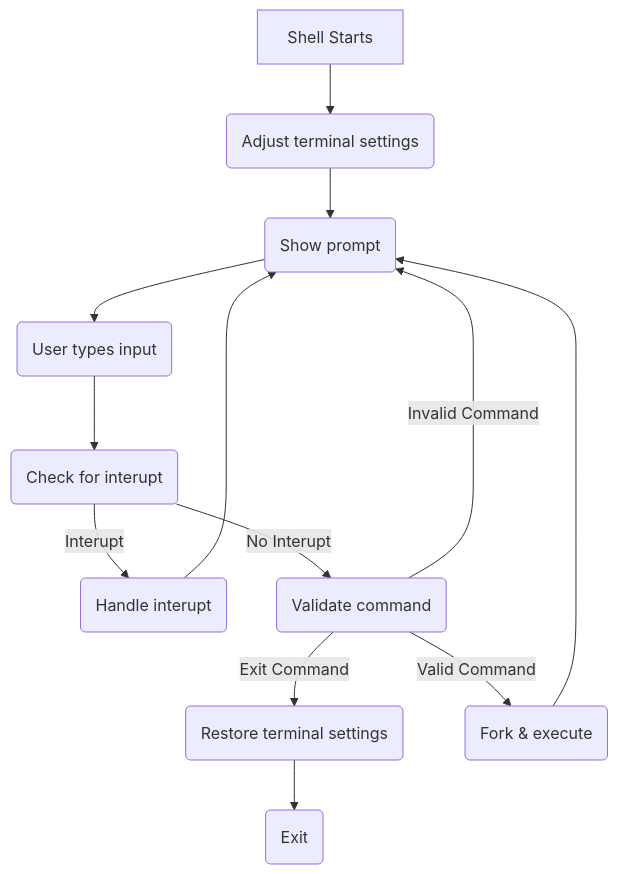
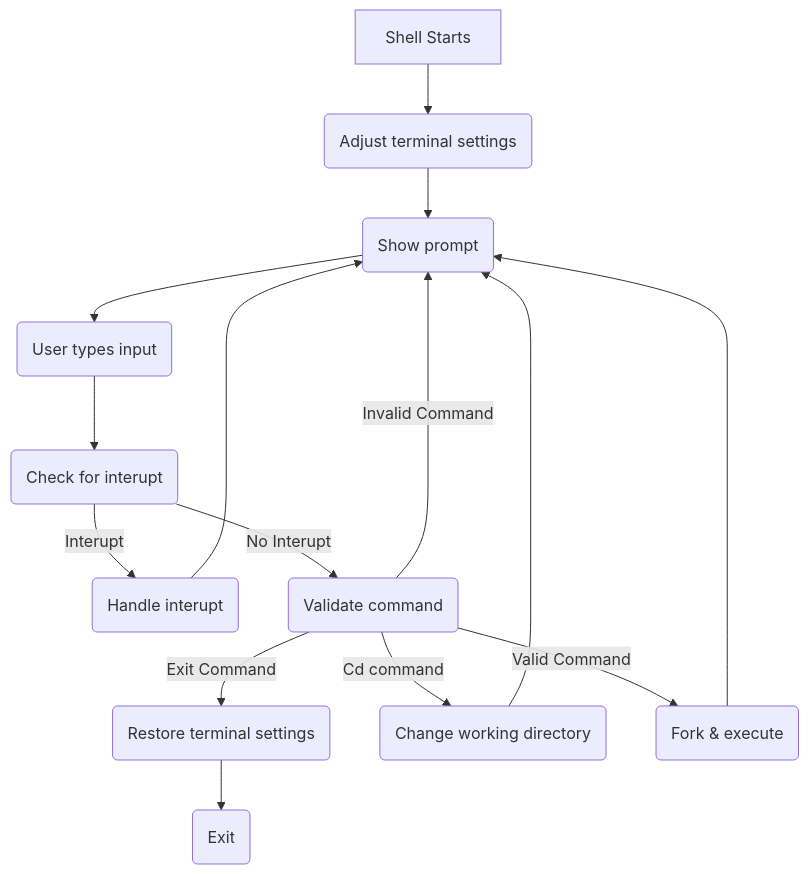
The diagram in README.md (https123456789/bensh), drawn with Mermaid before and after one commit. The commit also changed other lines of this file and 4 other files, not shown here.

````diff
--- a/README.md
+++ b/README.md
@@ -13,15 +29,17 @@
 ```mermaid
 graph TD
     A[Shell Starts] --> B(Adjust terminal settings)
     B --> C(Show prompt)
     C --> D(User types input)
     D --> E(Check for interupt)
     E -->|Interupt| F(Handle interupt)
     E -->|No Interupt| G(Validate command)
     F --> C
     G -->|Exit Command| I(Restore terminal settings)
+    G -->|Cd command| K(Change working directory)
+    K --> C
     I --> J(Exit)
     G -->|Valid Command| H(Fork & execute)
     G -->|Invalid Command| C
     H --> C
 ```
````
